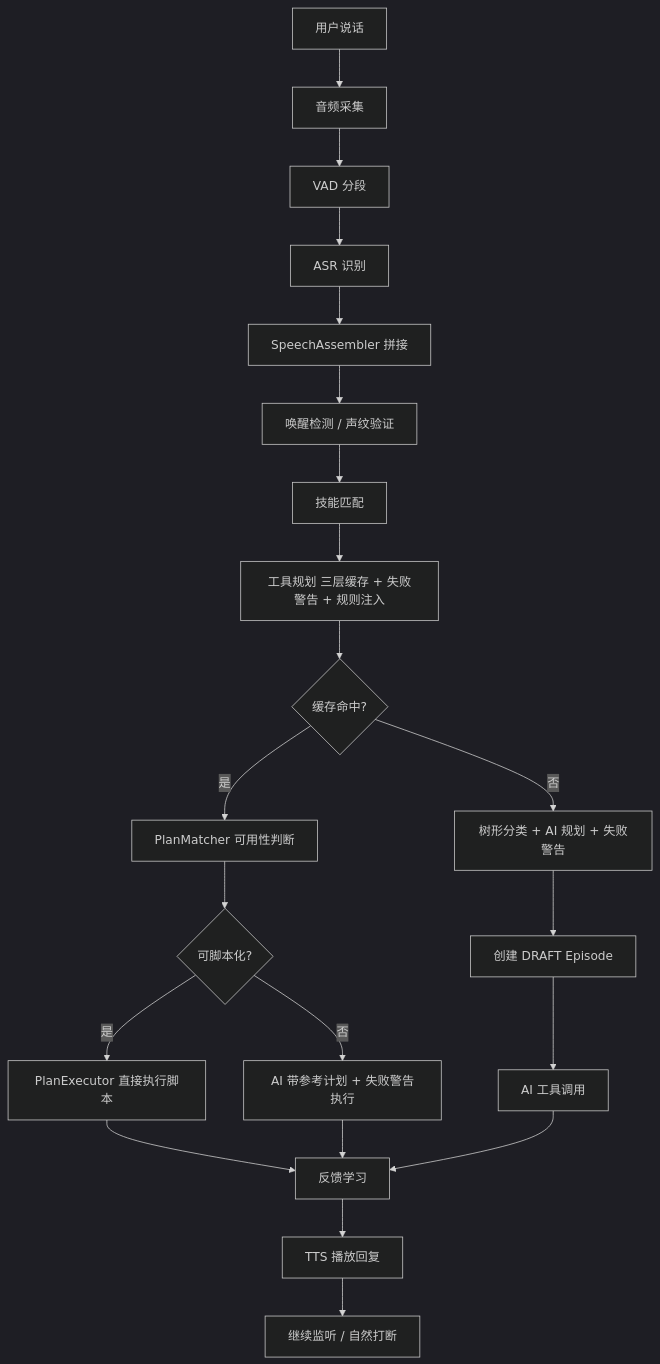
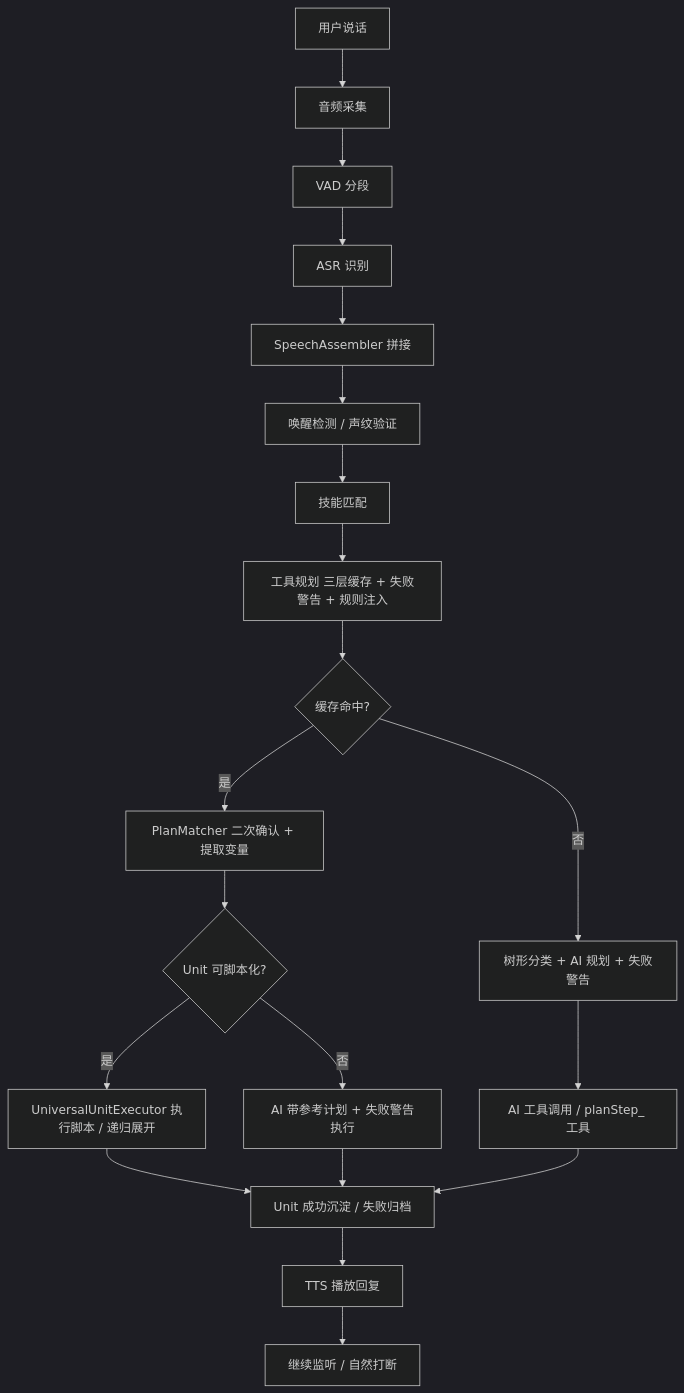
The diagram in docs/03-核心执行流程.md (lingdehui/myhelper), drawn with Mermaid (dark theme) before and after one commit. The commit also changed other lines of this file and 56 other files, not shown here.

````diff
--- a/docs/03-核心执行流程.md
+++ b/docs/03-核心执行流程.md
@@ -7,23 +7,22 @@
 ```mermaid
 flowchart TD
     A[用户说话] --> B[音频采集]
     B --> C[VAD 分段]
     C --> D[ASR 识别]
     D --> E[SpeechAssembler 拼接]
     E --> F[唤醒检测 / 声纹验证]
     F --> G[技能匹配]
     G --> H[工具规划 三层缓存 + 失败警告 + 规则注入]
     H --> I{缓存命中?}
-    I -- 是 --> J[PlanMatcher 可用性判断]
-    J --> K{可脚本化?}
-    K -- 是 --> L[PlanExecutor 直接执行脚本]
+    I -- 是 --> J[PlanMatcher 二次确认 + 提取变量]
+    J --> K{Unit 可脚本化?}
+    K -- 是 --> L[UniversalUnitExecutor 执行脚本 / 递归展开]
     K -- 否 --> M[AI 带参考计划 + 失败警告执行]
     I -- 否 --> N[树形分类 + AI 规划 + 失败警告]
-    N --> O[创建 DRAFT Episode]
-    O --> P[AI 工具调用]
-    L --> Q[反馈学习]
+    N --> P[AI 工具调用 / planStep_ 工具]
+    L --> Q[Unit 成功沉淀 / 失败归档]
     M --> Q
     P --> Q
     Q --> R[TTS 播放回复]
     R --> S[继续监听 / 自然打断]
 ```
````
